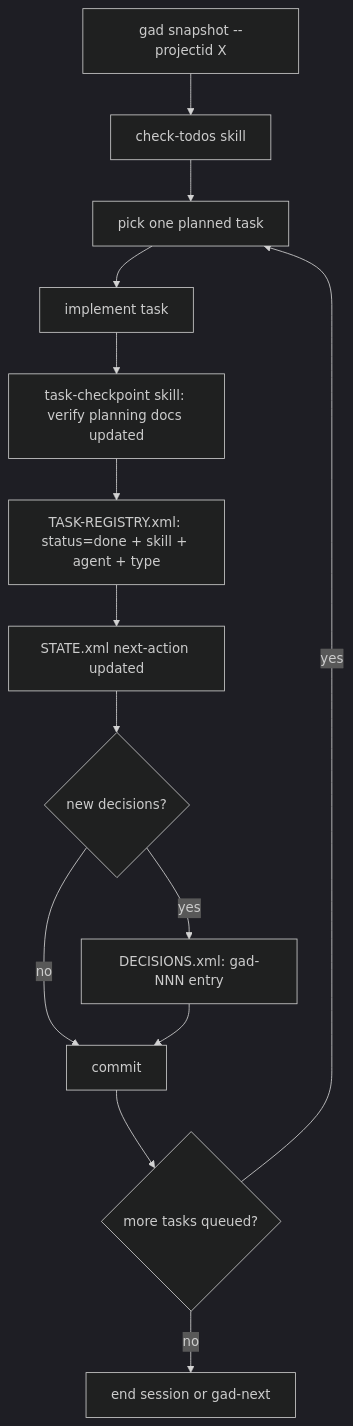
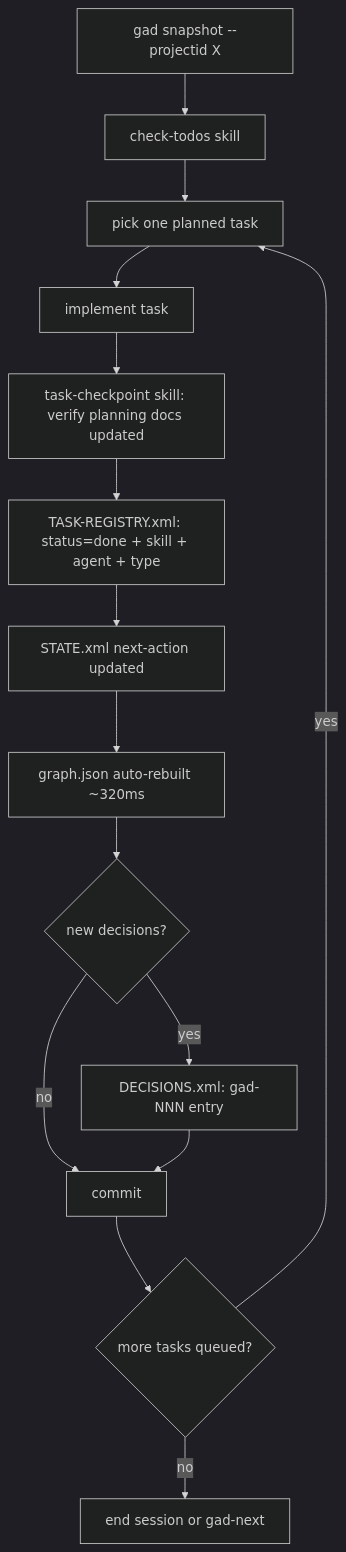
Before and after one commit to MagicbornStudios/get-anything-done: the diagram in .planning/workflows/gad-loop.md, drawn with Mermaid (dark theme). The commit also changed other lines of this file and 1 other file, not shown here.

First line of the commit message:
docs: update AGENTS.md and gad-loop workflow with graph query docs

````diff
--- a/.planning/workflows/gad-loop.md
+++ b/.planning/workflows/gad-loop.md
@@ -32,16 +32,17 @@
 ```mermaid
 flowchart TD
   A[gad snapshot --projectid X] --> B[check-todos skill]
   B --> C[pick one planned task]
   C --> D[implement task]
   D --> E[task-checkpoint skill: verify planning docs updated]
   E --> F[TASK-REGISTRY.xml: status=done + skill + agent + type]
   F --> G[STATE.xml next-action updated]
-  G --> H{new decisions?}
+  G --> G2[graph.json auto-rebuilt ~320ms]
+  G2 --> H{new decisions?}
   H -->|yes| I[DECISIONS.xml: gad-NNN entry]
   H -->|no| J[commit]
   I --> J
   J --> K{more tasks queued?}
   K -->|yes| C
   K -->|no| L[end session or gad-next]
 ```
````
